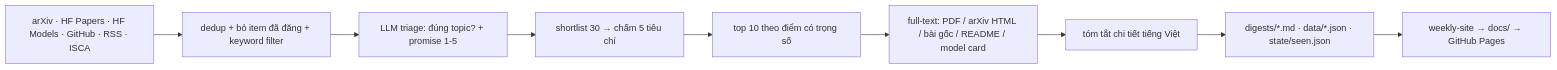
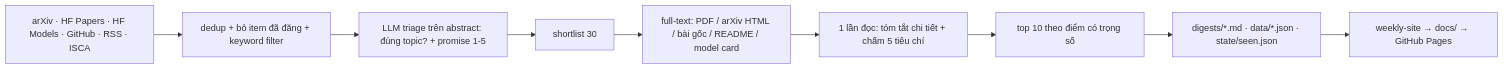
One commit to minhhoang2705/weekly-paper-digest changed the diagram in README.md. Above: the diagram before and after it, drawn with Mermaid. The commit also changed other lines of this file and 42 other files, not shown here.

Commit message:
feat: rank on full-text analysis (one read per shortlisted item: summary + scores)

````diff
--- a/README.md
+++ b/README.md
@@ -9,11 +9,11 @@
 ```mermaid
 flowchart LR
     S[arXiv · HF Papers · HF Models · GitHub · RSS · ISCA] --> N[dedup + bỏ item đã đăng + keyword filter]
-    N --> F[LLM triage: đúng topic? + promise 1-5]
-    F --> R[shortlist 30 → chấm 5 tiêu chí]
-    R --> T[top 10 theo điểm có trọng số]
-    T --> X[full-text: PDF / arXiv HTML / bài gốc / README / model card]
-    X --> W[tóm tắt chi tiết tiếng Việt]
-    W --> D[digests/*.md · data/*.json · state/seen.json]
+    N --> F[LLM triage trên abstract: đúng topic? + promise 1-5]
+    F --> R[shortlist 30]
+    R --> X[full-text: PDF / arXiv HTML / bài gốc / README / model card]
+    X --> W[1 lần đọc: tóm tắt chi tiết + chấm 5 tiêu chí]
+    W --> T[top 10 theo điểm có trọng số]
+    T --> D[digests/*.md · data/*.json · state/seen.json]
     D --> UI[weekly-site → docs/ → GitHub Pages]
 ```
````
